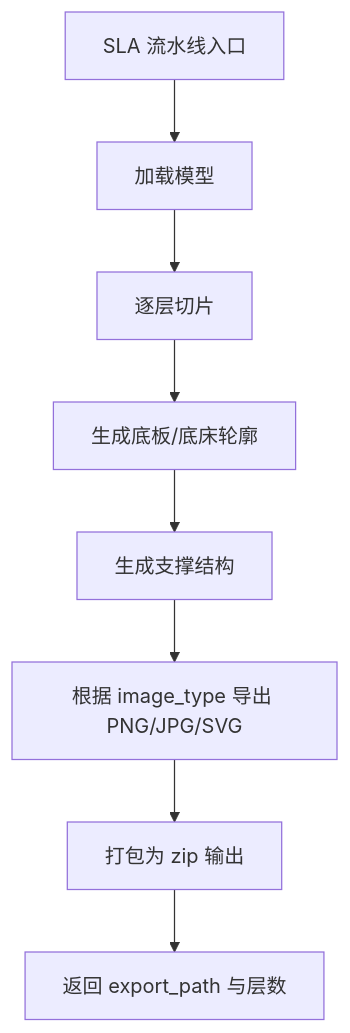
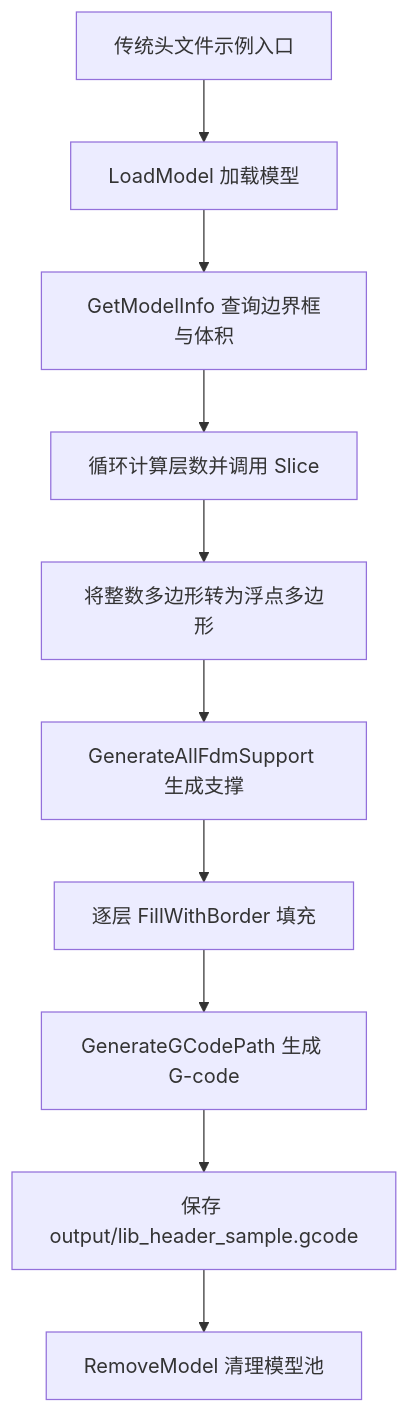
One commit to hsmbanlance/HsBaSlicer changed the fourth of 10 diagrams in .qoder/repowiki/zh/content/项目概述与快速开始.md. Above: the diagram before and after it, drawn with Mermaid. The commit also changed other lines of this file and 1095 other files, not shown here.

````diff
--- a/.qoder/repowiki/zh/content/项目概述与快速开始.md
+++ b/.qoder/repowiki/zh/content/项目概述与快速开始.md
@@ -168,10 +186,12 @@
 ```mermaid
 flowchart TD
-Start["SLA 流水线入口"] --> Load["加载模型"]
-Load --> Slice["逐层切片"]
-Slice --> Floor["生成底板/底床轮廓"]
-Floor --> Support["生成支撑结构"]
-Support --> Export["根据 image_type 导出 PNG/JPG/SVG"]
-Export --> Zip["打包为 zip 输出"]
-Zip --> End["返回 export_path 与层数"]
+HeaderStart["传统头文件示例入口"] --> LoadModel["LoadModel 加载模型"]
+LoadModel --> QueryInfo["GetModelInfo 查询边界框与体积"]
+QueryInfo --> SliceLoop["循环计算层数并调用 Slice"]
+SliceLoop --> ConvertToDouble["将整数多边形转为浮点多边形"]
+ConvertToDouble --> GenerateSupport["GenerateAllFdmSupport 生成支撑"]
+GenerateSupport --> FillLoop["逐层 FillWithBorder 填充"]
+FillLoop --> PathGen["GenerateGCodePath 生成 G-code"]
+PathGen --> SaveGcode["保存 output/lib_header_sample.gcode"]
+SaveGcode --> Cleanup["RemoveModel 清理模型池"]
 ```
````
